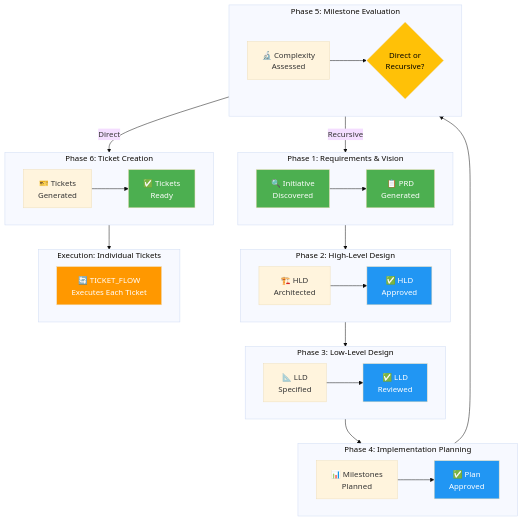
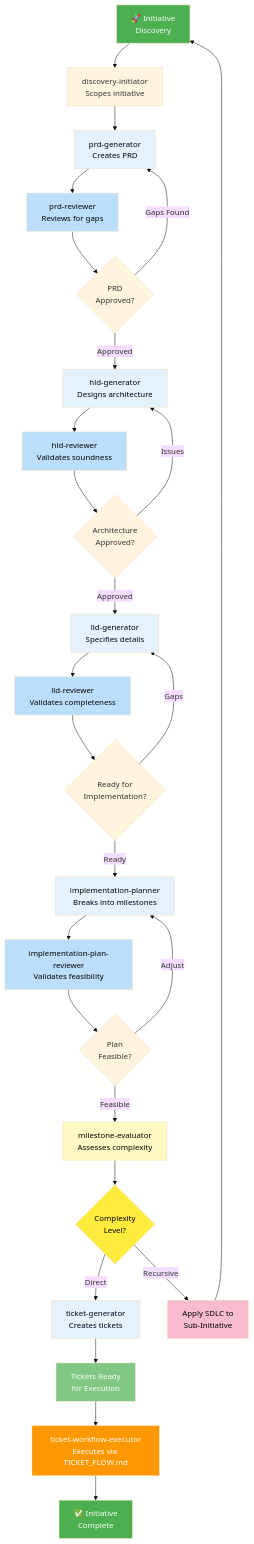
The diagram in SDLC_INITIATIVE_PLANNING.md (dougis-org/agent-templates), drawn with Mermaid (base theme) before and after one commit. The commit also changed other lines of this file, not shown here.

Commit message:
docs: add comprehensive SDLC lifecycle flow diagram with review gates

````diff
--- a/SDLC_INITIATIVE_PLANNING.md
+++ b/SDLC_INITIATIVE_PLANNING.md
@@ -822,66 +824,54 @@
 ```mermaid
 graph TD
-    subgraph Phase1["Phase 1: Requirements & Vision"]
-        direction LR
-        A["🔍 Initiative<br/>Discovered"]
-        A1["📋 PRD<br/>Generated"]
-        A --> A1
-    end
+    Start["🚀 Initiative<br/>Discovery"] --> Disc["discovery-initiator<br/>Scopes initiative"]
     
-    subgraph Phase2["Phase 2: High-Level Design"]
-        direction LR
-        B["🏗️ HLD<br/>Architected"]
-        B1["✅ HLD<br/>Approved"]
-        B --> B1
-    end
+    Disc --> PRDGen["prd-generator<br/>Creates PRD"]
+    PRDGen --> PRDRev["prd-reviewer<br/>Reviews for gaps"]
     
-    subgraph Phase3["Phase 3: Low-Level Design"]
-        direction LR
-        C["📐 LLD<br/>Specified"]
-        C1["✅ LLD<br/>Reviewed"]
-        C --> C1
-    end
+    PRDRev --> PRDDec{PRD<br/>Approved?}
+    PRDDec -->|Gaps Found| PRDGen
+    PRDDec -->|Approved| HLDGen
     
-    subgraph Phase4["Phase 4: Implementation Planning"]
-        direction LR
-        D["📊 Milestones<br/>Planned"]
-        D1["✅ Plan<br/>Approved"]
-        D --> D1
-    end
+    HLDGen["hld-generator<br/>Designs architecture"] --> HLDRev["hld-reviewer<br/>Validates soundness"]
+    HLDRev --> HLDDec{Architecture<br/>Approved?}
+    HLDDec -->|Issues| HLDGen
+    HLDDec -->|Approved| LLDGen
     
-    subgraph Phase5["Phase 5: Milestone Evaluation"]
-        direction LR
-        E["🔬 Complexity<br/>Assessed"]
-        E1{Direct or<br/>Recursive?}
-        E --> E1
-    end
+    LLDGen["lld-generator<br/>Specifies details"] --> LLDRev["lld-reviewer<br/>Validates completeness"]
+    LLDRev --> LLDDec{Ready for<br/>Implementation?}
+    LLDDec -->|Gaps| LLDGen
+    LLDDec -->|Ready| ImplPlan
     
-    subgraph Phase6["Phase 6: Ticket Creation"]
-        direction LR
-        F["🎫 Tickets<br/>Generated"]
-        F1["✅ Tickets<br/>Ready"]
-        F --> F1
-    end
+    ImplPlan["implementation-planner<br/>Breaks into milestones"] --> ImplRev["implementation-plan-reviewer<br/>Validates feasibility"]
+    ImplRev --> ImplDec{Plan<br/>Feasible?}
+    ImplDec -->|Adjust| ImplPlan
+    ImplDec -->|Feasible| MilEval
     
-    subgraph Execution["Execution: Individual Tickets"]
-        direction LR
-        G["🔄 TICKET_FLOW<br/>Executes Each Ticket"]
-    end
+    MilEval["milestone-evaluator<br/>Assesses complexity"] --> MilDec{Complexity<br/>Level?}
     
-    A1 --> B
-    B1 --> C
-    C1 --> D
-    D1 --> E
-    E1 -->|Direct| F
-    E1 -->|Recursive| A
-    F1 --> G
+    MilDec -->|Direct| TicketGen
+    MilDec -->|Recursive| RecursiveSDLC["Apply SDLC to<br/>Sub-Initiative"]
+    RecursiveSDLC --> Start
     
-    style A fill:#4CAF50,color:#fff
-    style A1 fill:#4CAF50,color:#fff
-    style B1 fill:#2196F3,color:#fff
-    style C1 fill:#2196F3,color:#fff
-    style D1 fill:#2196F3,color:#fff
-    style F1 fill:#4CAF50,color:#fff
-    style G fill:#FF9800,color:#fff
-    style E1 fill:#FFC107,color:#000
+    TicketGen["ticket-generator<br/>Creates tickets"] --> TicketReady["Tickets Ready<br/>for Execution"]
+    
+    TicketReady --> Execute["ticket-workflow-executor<br/>Executes via TICKET_FLOW.md"]
+    Execute --> Done["✅ Initiative<br/>Complete"]
+    
+    style Start fill:#4CAF50,color:#fff
+    style Done fill:#4CAF50,color:#fff
+    style PRDGen fill:#E3F2FD,color:#000
+    style PRDRev fill:#BBDEFB,color:#000
+    style HLDGen fill:#E3F2FD,color:#000
+    style HLDRev fill:#BBDEFB,color:#000
+    style LLDGen fill:#E3F2FD,color:#000
+    style LLDRev fill:#BBDEFB,color:#000
+    style ImplPlan fill:#E3F2FD,color:#000
+    style ImplRev fill:#BBDEFB,color:#000
+    style MilEval fill:#FFF9C4,color:#000
+    style MilDec fill:#FFEB3B,color:#000
+    style TicketGen fill:#E3F2FD,color:#000
+    style TicketReady fill:#81C784,color:#fff
+    style Execute fill:#FF9800,color:#fff
+    style RecursiveSDLC fill:#F8BBD0,color:#000
 ```
````
